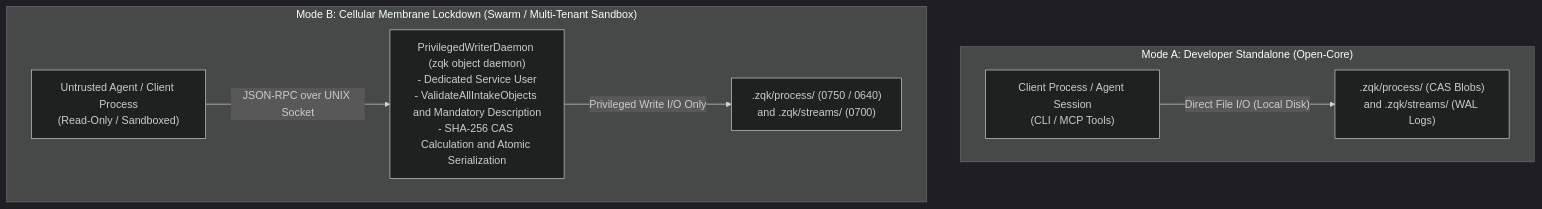
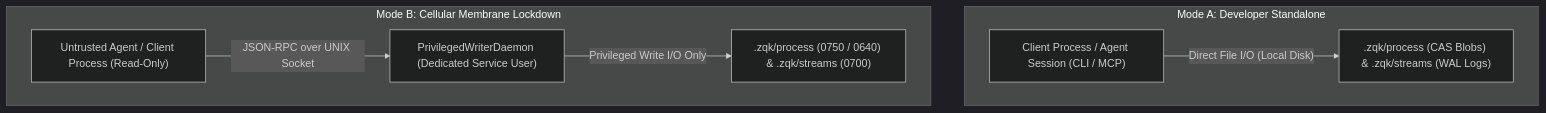
Before and after one commit to zqk-os/zqk: the first of 2 diagrams in docs/architecture/CELLULAR_MEMBRANE_MODE_B_CONFIGURATION.md, drawn with Mermaid (dark theme). The commit also changed other lines of this file and 8 other files, not shown here.

````diff
--- a/docs/architecture/CELLULAR_MEMBRANE_MODE_B_CONFIGURATION.md
+++ b/docs/architecture/CELLULAR_MEMBRANE_MODE_B_CONFIGURATION.md
@@ -15,16 +15,16 @@
 ```mermaid
 flowchart TD
-  subgraph ModeA["Mode A: Developer Standalone (Open-Core)"]
-    ClientA["Client Process / Agent Session<br/>(CLI / MCP Tools)"]
-    DiskA[".zqk/process/ (CAS Blobs)<br/>and .zqk/streams/ (WAL Logs)"]
+  subgraph ModeA["Mode A: Developer Standalone"]
+    ClientA["Client Process / Agent Session (CLI / MCP)"]
+    DiskA[".zqk/process (CAS Blobs) & .zqk/streams (WAL Logs)"]
     ClientA -->|"Direct File I/O (Local Disk)"| DiskA
   end
 
-  subgraph ModeB["Mode B: Cellular Membrane Lockdown (Swarm / Multi-Tenant Sandbox)"]
-    ClientB["Untrusted Agent / Client Process<br/>(Read-Only / Sandboxed)"]
-    DaemonB["PrivilegedWriterDaemon (zqk object daemon)<br/>- Dedicated Service User<br/>- ValidateAllIntakeObjects and Mandatory Description<br/>- SHA-256 CAS Calculation and Atomic Serialization"]
-    DiskB[".zqk/process/ (0750 / 0640)<br/>and .zqk/streams/ (0700)"]
-    ClientB -->|JSON-RPC over UNIX Socket| DaemonB
-    DaemonB -->|Privileged Write I/O Only| DiskB
+  subgraph ModeB["Mode B: Cellular Membrane Lockdown"]
+    ClientB["Untrusted Agent / Client Process (Read-Only)"]
+    DaemonB["PrivilegedWriterDaemon (Dedicated Service User)"]
+    DiskB[".zqk/process (0750 / 0640) & .zqk/streams (0700)"]
+    ClientB -->|"JSON-RPC over UNIX Socket"| DaemonB
+    DaemonB -->|"Privileged Write I/O Only"| DiskB
   end
 ```
````
